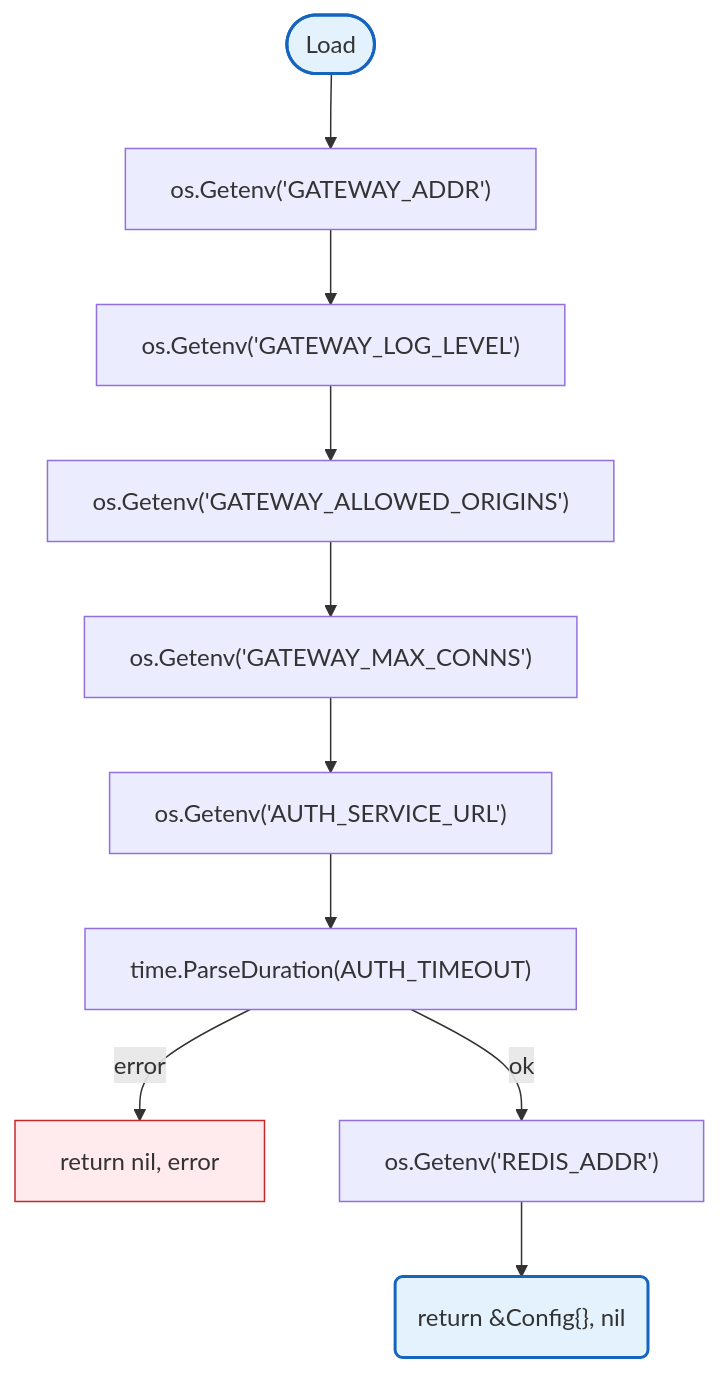
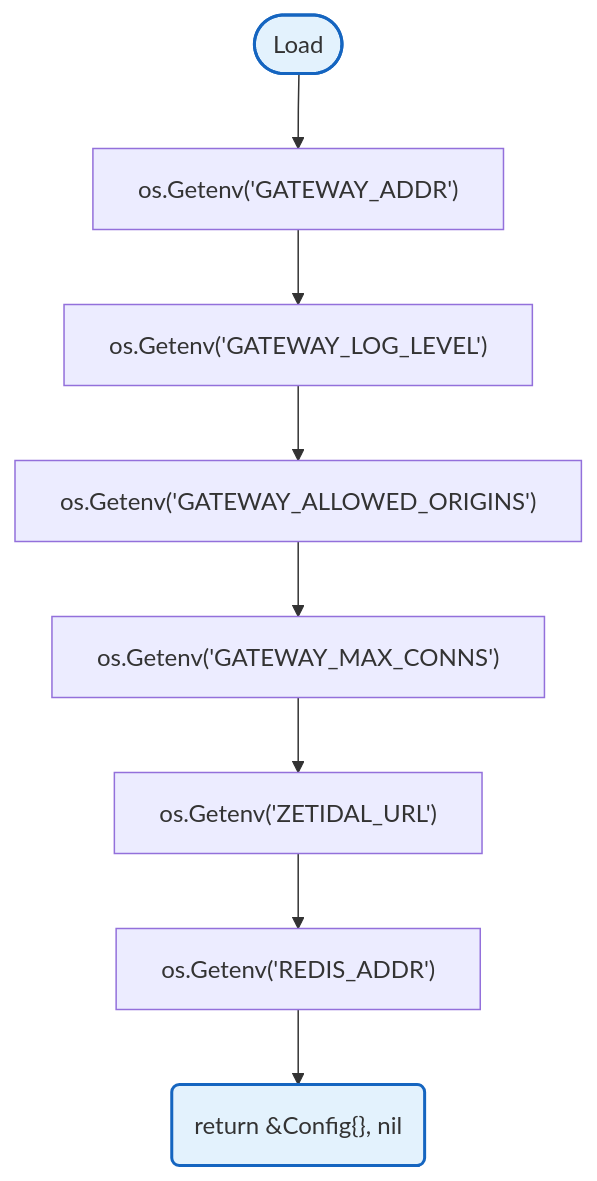
The first of 2 diagrams in docs/config/README.md (radch-ai/ava), drawn with Mermaid before and after one commit. The commit also changed other lines of this file and 8 other files, not shown here.

First line of the commit message:
refactor(config): rename AUTH_SERVICE_URL to ZETIDAL_URL, remove timeout

````diff
--- a/docs/config/README.md
+++ b/docs/config/README.md
@@ -9,18 +9,14 @@
 ```mermaid
 flowchart TB
     Start([Load]) --> GetAddr["os.Getenv('GATEWAY_ADDR')"]
     GetAddr --> GetLevel["os.Getenv('GATEWAY_LOG_LEVEL')"]
     GetLevel --> GetOrigins["os.Getenv('GATEWAY_ALLOWED_ORIGINS')"]
     GetOrigins --> GetMaxConns["os.Getenv('GATEWAY_MAX_CONNS')"]
-    GetMaxConns --> GetAuthURL["os.Getenv('AUTH_SERVICE_URL')"]
-    GetAuthURL --> ParseTimeout["time.ParseDuration(AUTH_TIMEOUT)"]
-    ParseTimeout -->|error| ErrTimeout["return nil, error"]
-    ParseTimeout -->|ok| GetRedis["os.Getenv('REDIS_ADDR')"]
+    GetMaxConns --> GetZetidalURL["os.Getenv('ZETIDAL_URL')"]
+    GetZetidalURL --> GetRedis["os.Getenv('REDIS_ADDR')"]
     GetRedis --> DoneOk("return &Config{}, nil")
 
     classDef mainFn fill:#e3f2fd,stroke:#1565c0,stroke-width:2px
-    classDef errorFlow fill:#ffebee,stroke:#c62828,stroke-width:1px
 
     class Start,DoneOk mainFn
-    class ErrTimeout errorFlow
 ```
````
